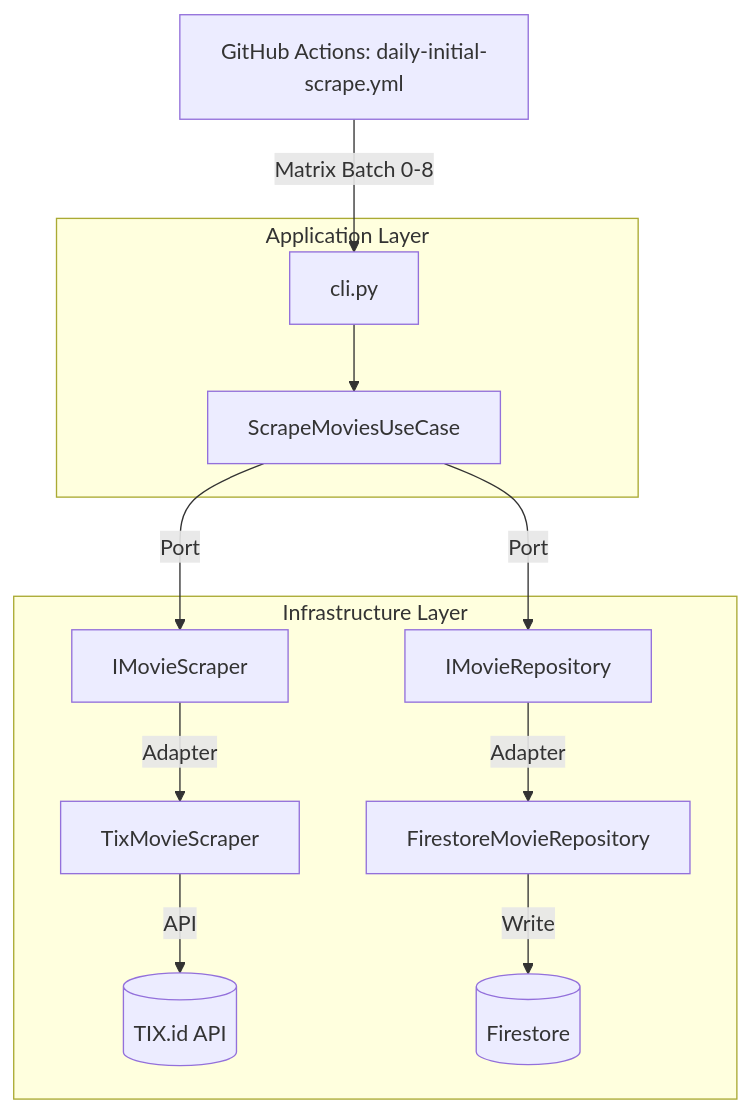
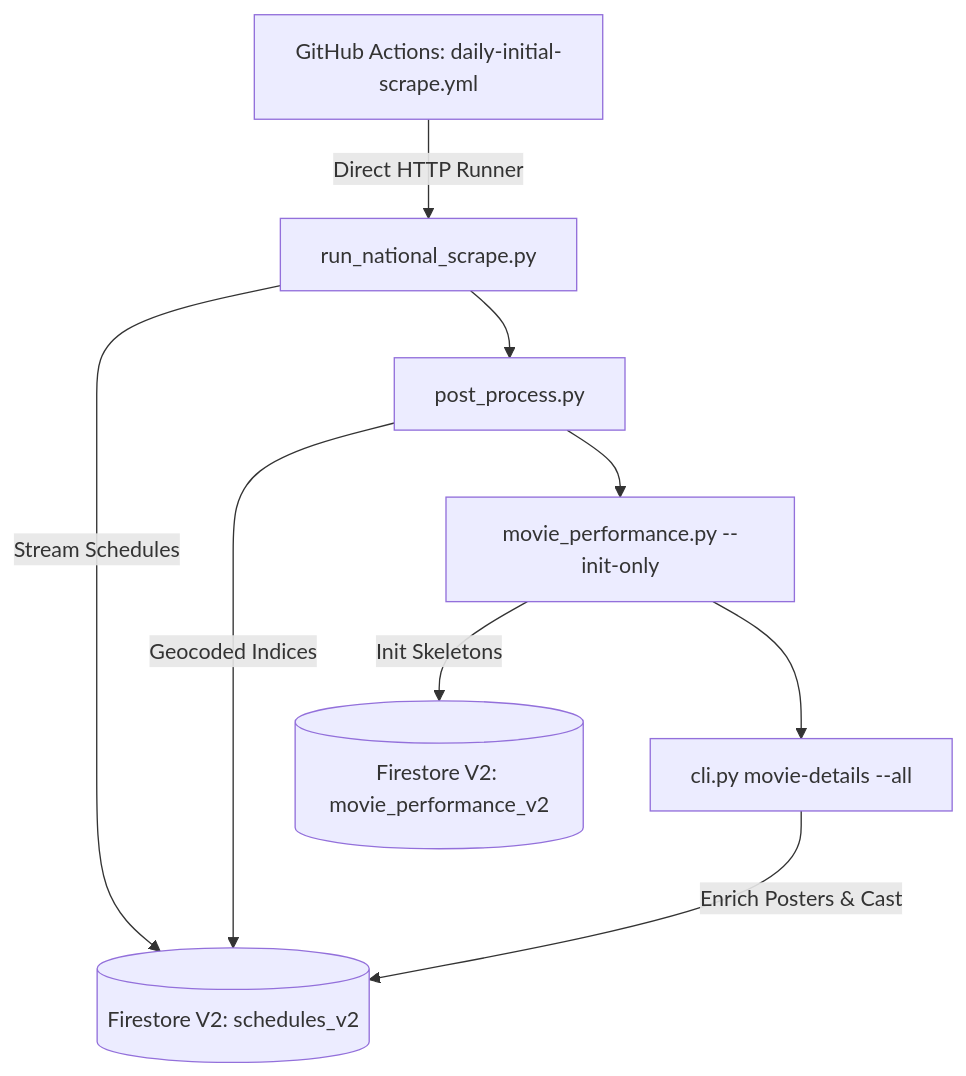
Before and after one commit to okihita/CineRadar: the first of 3 diagrams in backend/README.md, drawn with Mermaid. The commit also changed other lines of this file and 15 other files, not shown here.

Commit message:
chore(all): purge dead scripts and mock pages, fix relative links, and sync domain models and repositories with Firestore V2

````diff
--- a/backend/README.md
+++ b/backend/README.md
@@ -34,19 +39,15 @@
 ```mermaid
 flowchart TD
-    GH[GitHub Actions: daily-initial-scrape.yml] -->|Matrix Batch 0-8| CLI[cli.py]
+    GH[GitHub Actions: daily-initial-scrape.yml] -->|Direct HTTP Runner| SCR[run_national_scrape.py]
     
-    subgraph "Application Layer"
-        CLI --> UC[ScrapeMoviesUseCase]
-    end
-
-    subgraph "Infrastructure Layer"
-        UC -->|Port| MS[IMovieScraper]
-        UC -->|Port| MR[IMovieRepository]
-        
-        MS -->|Adapter| TMS[TixMovieScraper]
-        MR -->|Adapter| FMR[FirestoreMovieRepository]
-        
-        TMS -->|API| TIX[(TIX.id API)]
-        FMR -->|Write| FS[(Firestore)]
-    end
+    SCR -->|Stream Schedules| FS[(Firestore V2: schedules_v2)]
+    
+    SCR --> PP[post_process.py]
+    PP -->|Geocoded Indices| FS
+    
+    PP --> MP[movie_performance.py --init-only]
+    MP -->|Init Skeletons| FS2[(Firestore V2: movie_performance_v2)]
+    
+    MP --> MD[cli.py movie-details --all]
+    MD -->|Enrich Posters & Cast| FS
 ```
````
